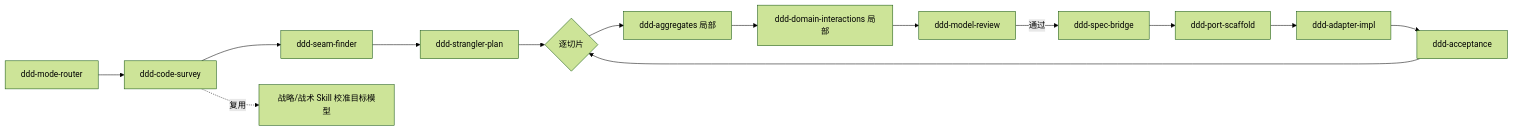
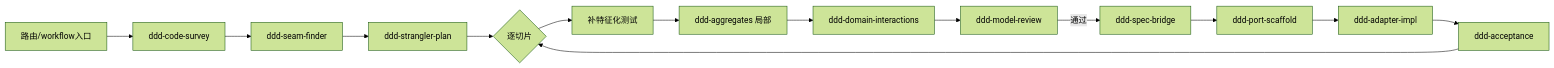
The second of 2 diagrams in README.md (Capsule7446/backend-best-practices), drawn with Mermaid (forest theme) before and after one commit. The commit also changed other lines of this file and 36 other files, not shown here.

````diff
--- a/README.md
+++ b/README.md
@@ -106,12 +63,8 @@
 ```mermaid
 flowchart LR
-  R[ddd-mode-router] --> CS[ddd-code-survey]
-  CS --> SF[ddd-seam-finder]
-  CS -.复用.-> SD[战略/战术 Skill 校准目标模型]
-  SF --> SP[ddd-strangler-plan]
+  R[路由/workflow入口] --> CS[ddd-code-survey] --> SF[ddd-seam-finder] --> SP[ddd-strangler-plan]
   SP --> slice{逐切片}
-  slice --> AG[ddd-aggregates 局部] --> DI[ddd-domain-interactions 局部]
+  slice --> CT[补特征化测试] --> AG[ddd-aggregates 局部] --> DI[ddd-domain-interactions]
   DI --> MR[ddd-model-review] -->|通过| SB[ddd-spec-bridge]
-  SB --> PS[ddd-port-scaffold] --> AI[ddd-adapter-impl] --> AC[ddd-acceptance]
-  AC --> slice
+  SB --> PS[ddd-port-scaffold] --> AI[ddd-adapter-impl] --> AC[ddd-acceptance] --> slice
 ```
````
